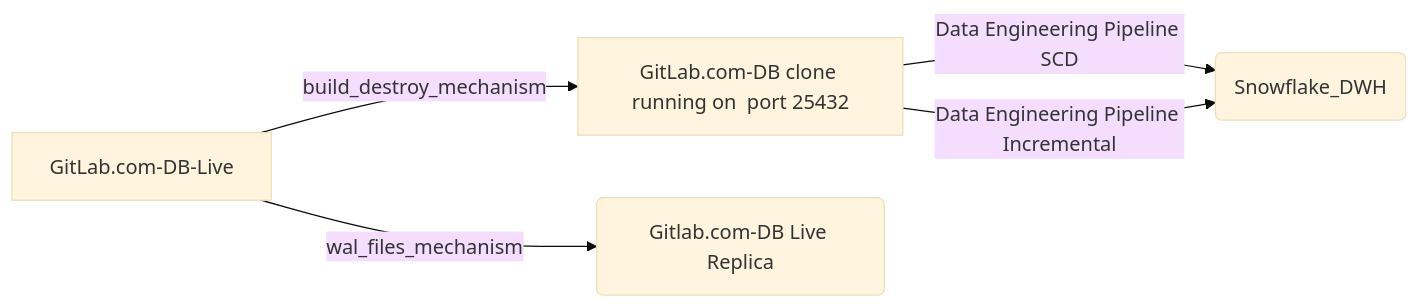
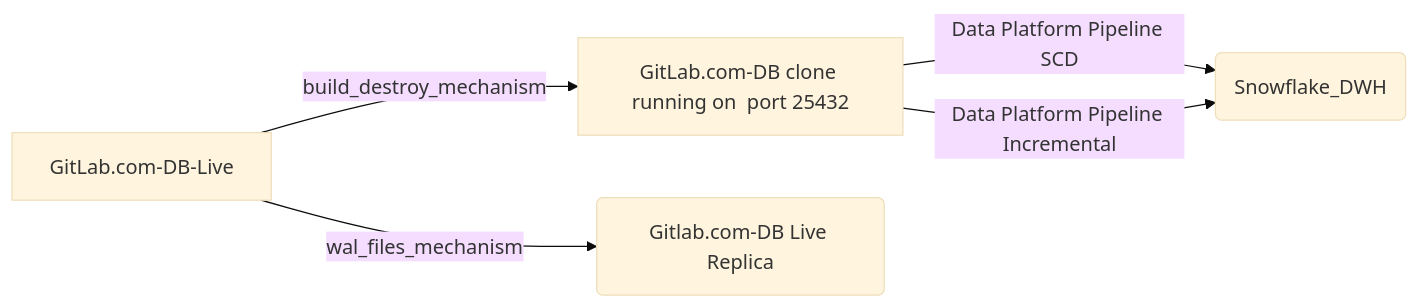
Before and after one commit to secretstartups/handbook: the diagram in business-technology/data-team/platform/pipelines/index.html.md, drawn with Mermaid (base theme). The commit also changed other lines of this file and 9 other files, not shown here.

Commit message:
Rename Data Engineering Team to Data Platform Team and other misc. updates

````diff
--- a/business-technology/data-team/platform/pipelines/index.html.md
+++ b/business-technology/data-team/platform/pipelines/index.html.md
@@ -21,7 +21,7 @@
 ```mermaid
 graph LR;
 A[GitLab.com-DB-Live] -->|build_destroy_mechanism| B[GitLab.com-DB clone running on  port 25432]
     A --> |wal_files_mechanism| C(Gitlab.com-DB Live Replica)
-    B --> | Data Engineering Pipeline SCD| D(Snowflake_DWH)
-    B --> | Data Engineering Pipeline Incremental| D(Snowflake_DWH)
+    B --> | Data Platform Pipeline SCD| D(Snowflake_DWH)
+    B --> | Data Platform Pipeline Incremental| D(Snowflake_DWH)
 ```
````
